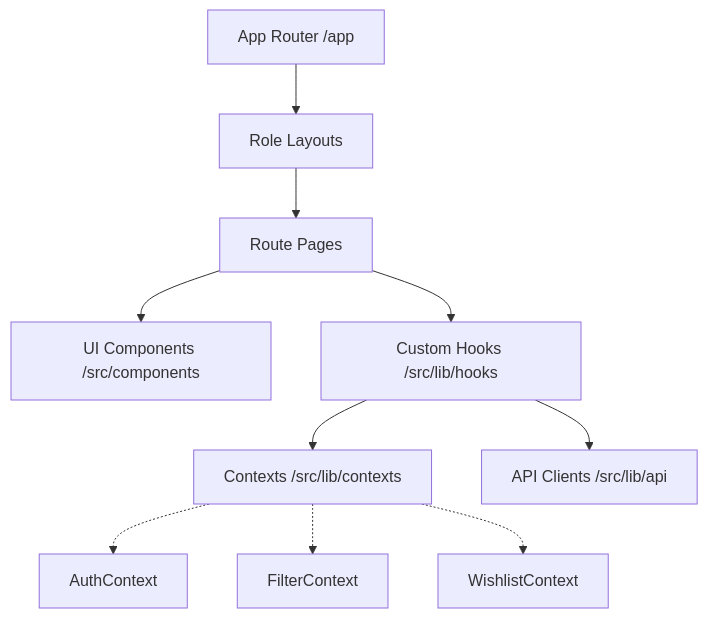
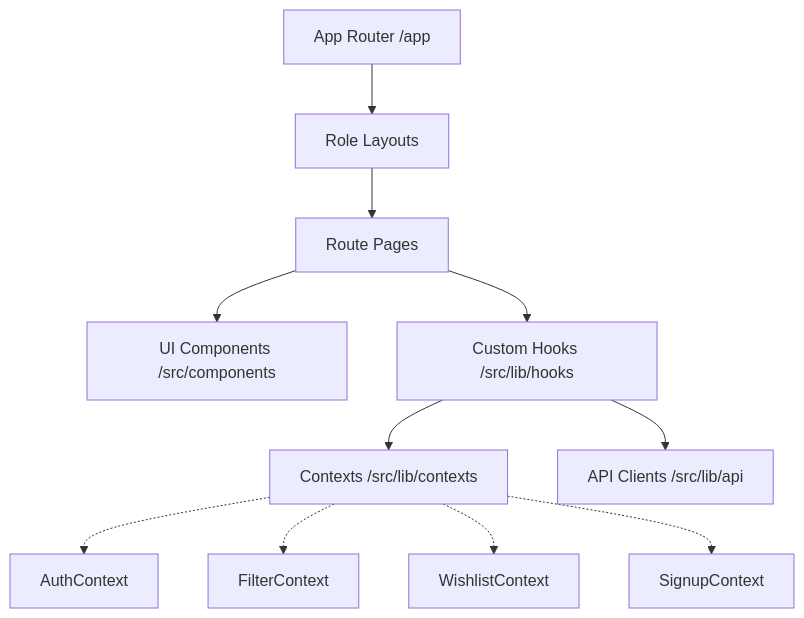
The third of 6 diagrams in docs/ARCHITECTURE.md (momaarouf/Graduation-Project), drawn with Mermaid before and after one commit. The commit also changed other lines of this file and 1 other file, not shown here.

First line of the commit message:
docs: refine architecture diagrams and concurrency flow

````diff
--- a/docs/ARCHITECTURE.md
+++ b/docs/ARCHITECTURE.md
@@ -65,15 +62,16 @@
 ```mermaid
 graph TD
-    AppRouter[App Router /app] --> Layouts[Role Layouts]
+    AppRouter["App Router /app"] --> Layouts[Role Layouts]
     Layouts --> Pages[Route Pages]
 
-    Pages --> Components[UI Components /src/components]
-    Pages --> Hooks[Custom Hooks /src/lib/hooks]
+    Pages --> Components["UI Components /src/components"]
+    Pages --> Hooks["Custom Hooks /src/lib/hooks"]
 
-    Hooks --> Contexts[Contexts /src/lib/contexts]
-    Hooks --> API[API Clients /src/lib/api]
+    Hooks --> Contexts["Contexts /src/lib/contexts"]
+    Hooks --> API["API Clients /src/lib/api"]
 
-    Contexts -.-> AuthContext
-    Contexts -.-> FilterContext
-    Contexts -.-> WishlistContext
+    Contexts -.-> AuthContext[AuthContext]
+    Contexts -.-> FilterContext[FilterContext]
+    Contexts -.-> WishlistContext[WishlistContext]
+    Contexts -.-> SignupContext[SignupContext]
 ```
````
